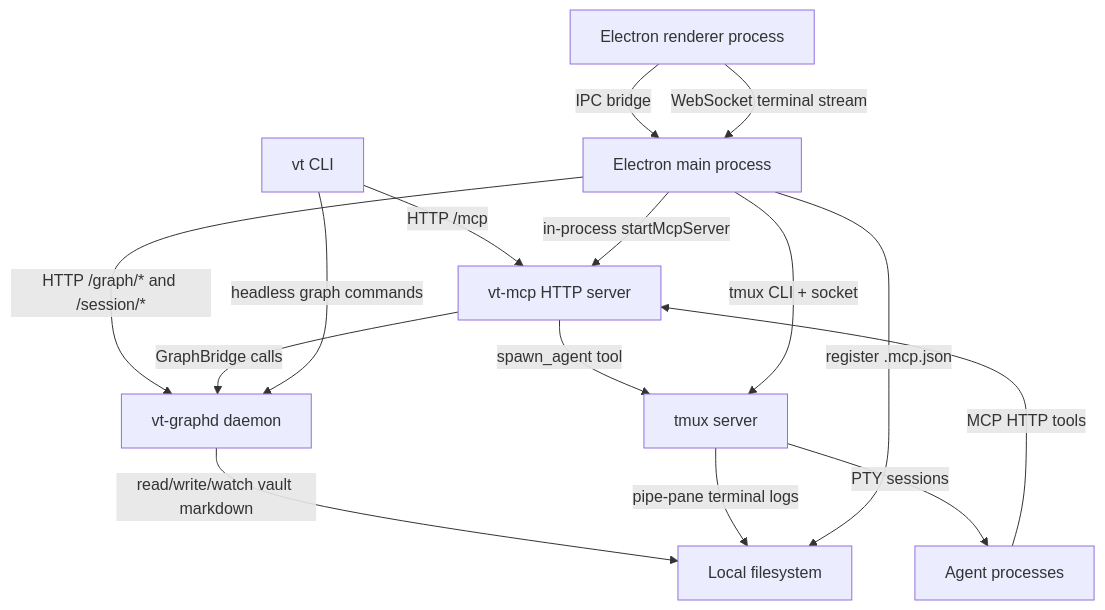
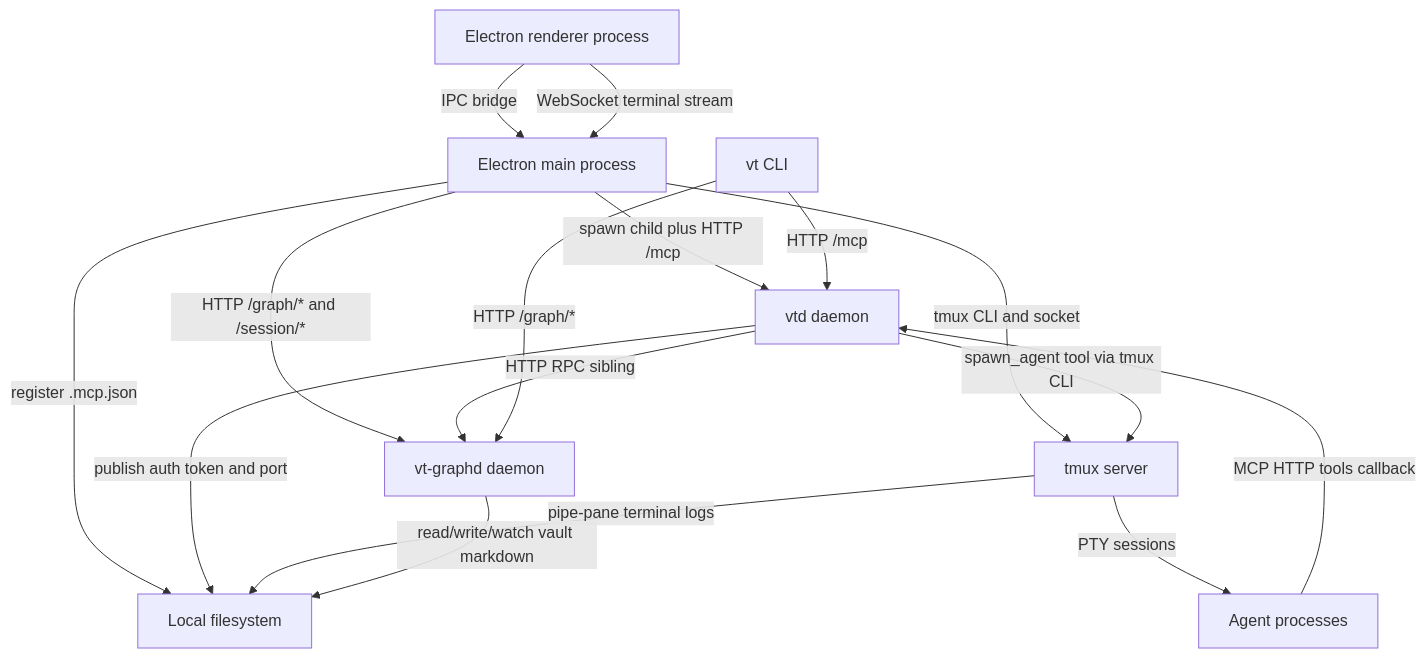
The diagram in architecture.md (voicetreelab/voicetree), drawn with Mermaid before and after one commit.

Commit message:
docs(architecture): replace mcpServer with vtd to reflect BF-371 process split
The mcpServer node was an in-process module reference, not a process.
After BF-371 the unified HTTP transport lives in the standalone vtd
daemon binary, spawned as a child of Electron Main and as a sibling
of vt-graphd.

- Replace mcpServer box with vtd; click target points at
  packages/systems/vt-daemon/bin/vtd.ts.
- Relabel edges to match BF-371: electronMain spawns vtd as child;
  vtd talks to graphd over HTTP RPC as a sibling; vtCli and
  agentProcesses MCP edges retargeted at vtd.
- Add vtd publishes auth token and port to filesystem.
- Add vtCli HTTP /graph/* to graphd (was implicit via headless CLI).

All 7 architecture-drift tests pass.

````diff
--- a/architecture.md
+++ b/architecture.md
@@ -5,35 +5,36 @@
 ```mermaid
 flowchart TD
   filesystem[Local filesystem]
   electronMain[Electron main process]
   electronRenderer[Electron renderer process]
+  vtd[vtd daemon]
   graphd[vt-graphd daemon]
   tmuxServer[tmux server]
-  mcpServer[vt-mcp HTTP server]
   vtCli[vt CLI]
   agentProcesses[Agent processes]
 
   electronRenderer -->|IPC bridge| electronMain
   electronRenderer -->|WebSocket terminal stream| electronMain
   electronMain -->|HTTP /graph/* and /session/*| graphd
-  vtCli -->|HTTP /mcp| mcpServer
-  electronMain -->|in-process startMcpServer| mcpServer
-  mcpServer -->|GraphBridge calls| graphd
-  mcpServer -->|spawn_agent tool| tmuxServer
-  electronMain -->|tmux CLI + socket| tmuxServer
+  electronMain -->|spawn child plus HTTP /mcp| vtd
+  electronMain -->|tmux CLI and socket| tmuxServer
+  electronMain -->|register .mcp.json| filesystem
+  vtd -->|HTTP RPC sibling| graphd
+  vtd -->|spawn_agent tool via tmux CLI| tmuxServer
+  vtd -->|publish auth token and port| filesystem
+  vtCli -->|HTTP /mcp| vtd
+  vtCli -->|HTTP /graph/*| graphd
   tmuxServer -->|PTY sessions| agentProcesses
-  agentProcesses -->|MCP HTTP tools| mcpServer
+  tmuxServer -->|pipe-pane terminal logs| filesystem
+  agentProcesses -->|MCP HTTP tools callback| vtd
   graphd -->|read/write/watch vault markdown| filesystem
-  tmuxServer -->|pipe-pane terminal logs| filesystem
-  electronMain -->|register .mcp.json| filesystem
-  vtCli -->|headless graph commands| graphd
 
   click filesystem "."
   click electronMain "webapp/src/shell/edge/main/runtime/electron/app/main.ts"
   click electronRenderer "webapp/src/shell/UI/App.tsx"
   click graphd "packages/systems/graph-db-server/bin/vt-graphd.ts"
+  click vtd "packages/systems/vt-daemon/bin/vtd.ts"
   click tmuxServer "packages/systems/vt-daemon/src/terminals/tmux"
-  click mcpServer "packages/systems/vt-daemon/src/transport/httpServer.ts"
   click vtCli "packages/systems/voicetree-cli/bin/vt"
   click agentProcesses "packages/systems/vt-daemon/src/agents/spawn"
 ```
````
